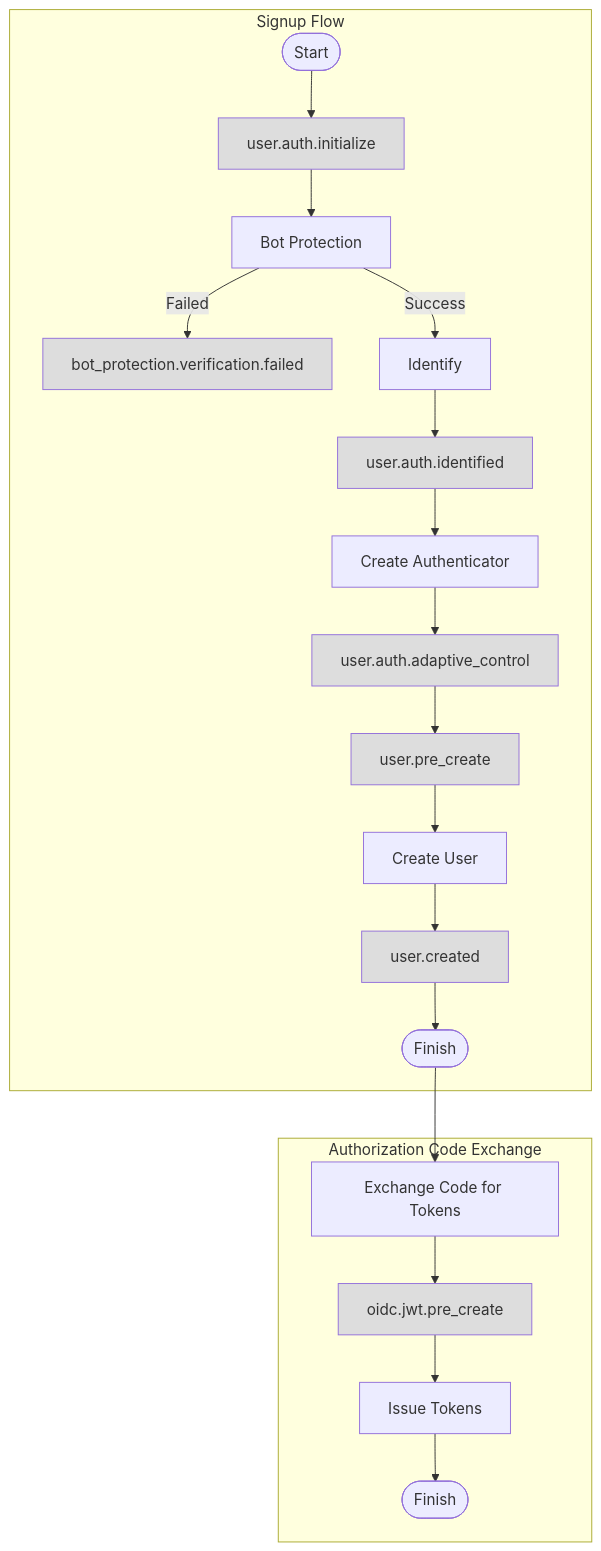
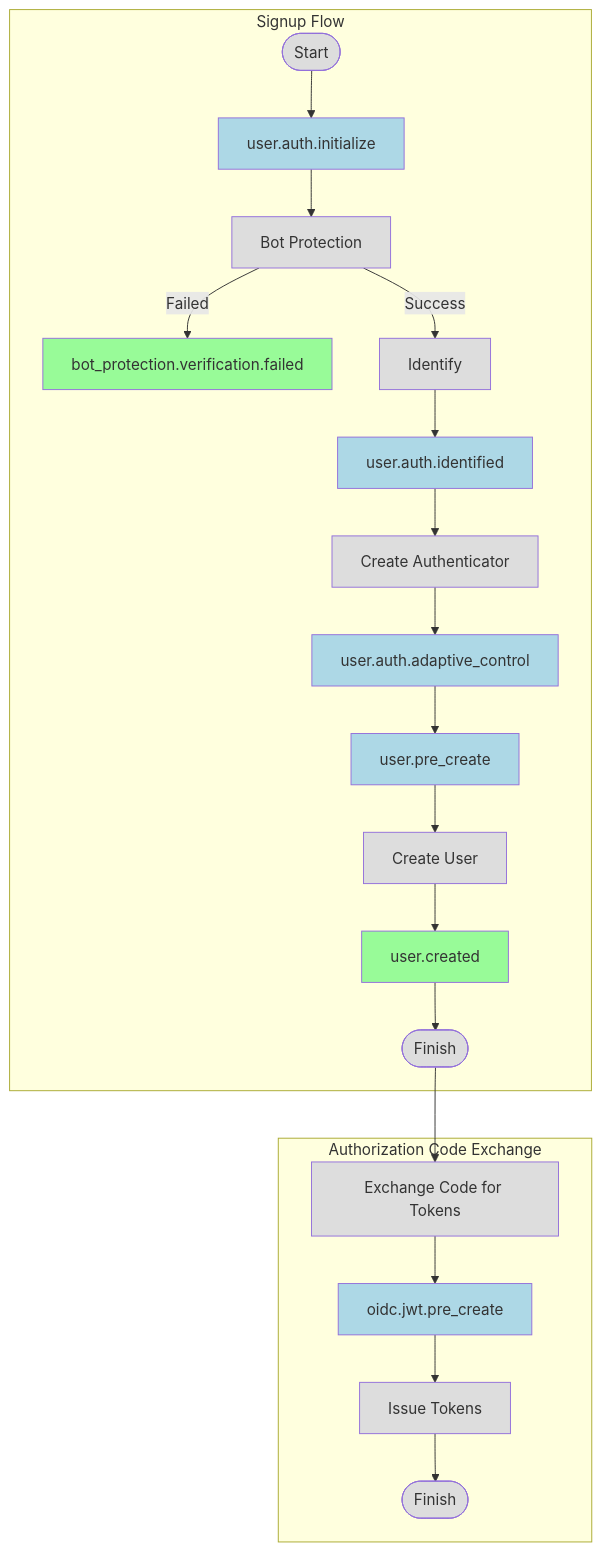
Before and after one commit to authgear/authgear-server: the fourth of 5 diagrams in docs/specs/event.md, drawn with Mermaid. The commit also changed other lines of this file, not shown here.

Commit message:
Add some colors to the diagram

````diff
--- a/docs/specs/event.md
+++ b/docs/specs/event.md
@@ -947,28 +960,33 @@
 ```mermaid
 flowchart TD
     subgraph "Signup Flow"
-        Start([Start]) --> UserAuthInitialize[user.auth.initialize]
+        Start([Start])
+        Start --> UserAuthInitialize[user.auth.initialize]
         UserAuthInitialize --> BotProtection[Bot Protection]
         BotProtection -- "Failed" --> BotProtectionFailed[bot_protection.verification.failed]
         BotProtection -- "Success" --> Identify[Identify]
         Identify --> UserAuthIdentified[user.auth.identified]
         UserAuthIdentified --> CreateAuthenticator[Create Authenticator]
         CreateAuthenticator --> UserAuthAdaptiveControl[user.auth.adaptive_control]
         UserAuthAdaptiveControl --> UserPreCreate[user.pre_create]
         UserPreCreate --> CreateUser[Create User]
         CreateUser --> UserCreated[user.created]
         UserCreated --> FinishSignup([Finish])
     end
 
     subgraph "Authorization Code Exchange"
         ExchangeCode[Exchange Code for Tokens]
-        ExchangeCode --> OIDCJWTPreCreate[oidc.jwt.pre_create]:::event
+        ExchangeCode --> OIDCJWTPreCreate[oidc.jwt.pre_create]
         OIDCJWTPreCreate --> IssueTokens[Issue Tokens]
         IssueTokens --> FinishAuthCode([Finish])
     end
 
     FinishSignup --> ExchangeCode
 
-    classDef event fill:#dddddd
-    class UserAuthInitialize,BotProtectionFailed,UserAuthIdentified,UserAuthAdaptiveControl,UserPreCreate,UserCreated,OIDCJWTPreCreate event
+    classDef event fill:#98FB98
+    classDef blockingEvent fill:#ADD8E6
+    classDef processNode fill:#dddddd
+    class BotProtectionFailed,UserCreated event
+    class UserAuthInitialize,UserAuthIdentified,UserAuthAdaptiveControl,UserPreCreate,OIDCJWTPreCreate blockingEvent
+    class Start,BotProtection,Identify,CreateAuthenticator,CreateUser,FinishSignup,ExchangeCode,IssueTokens,FinishAuthCode processNode
 ```
````
